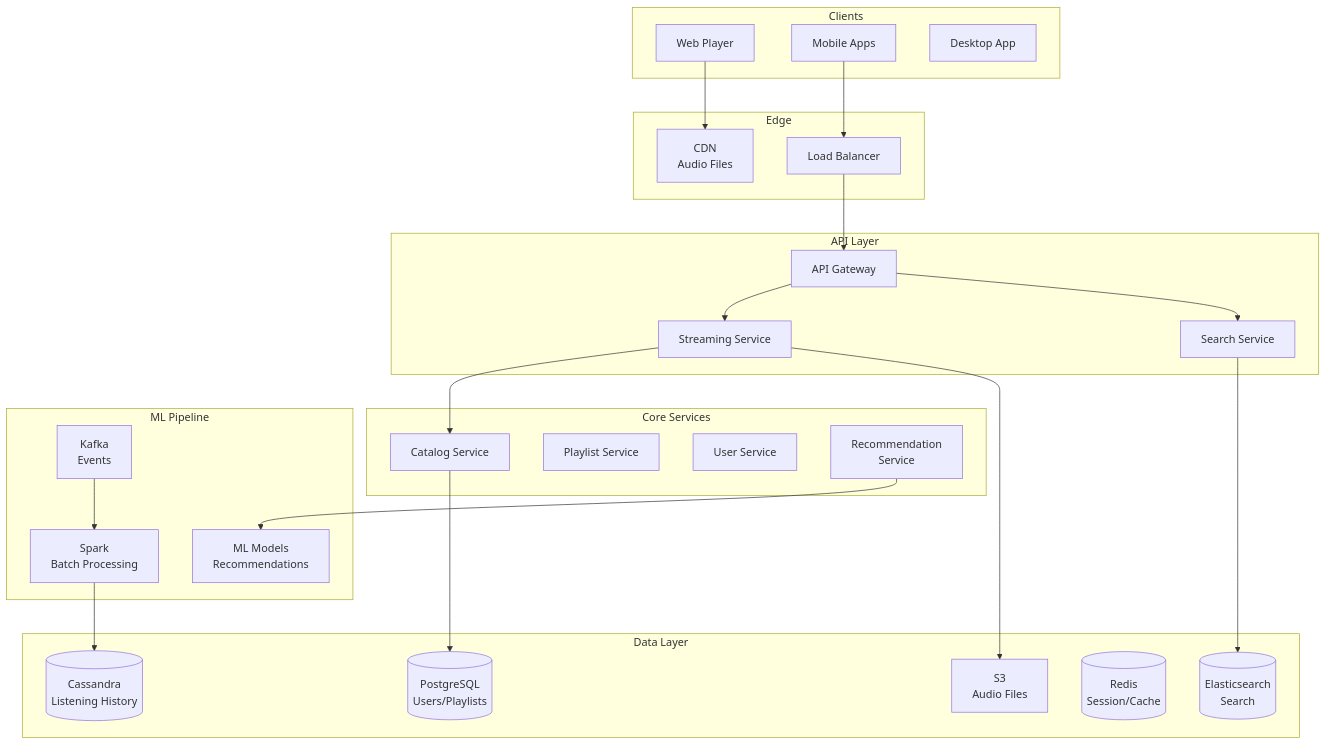
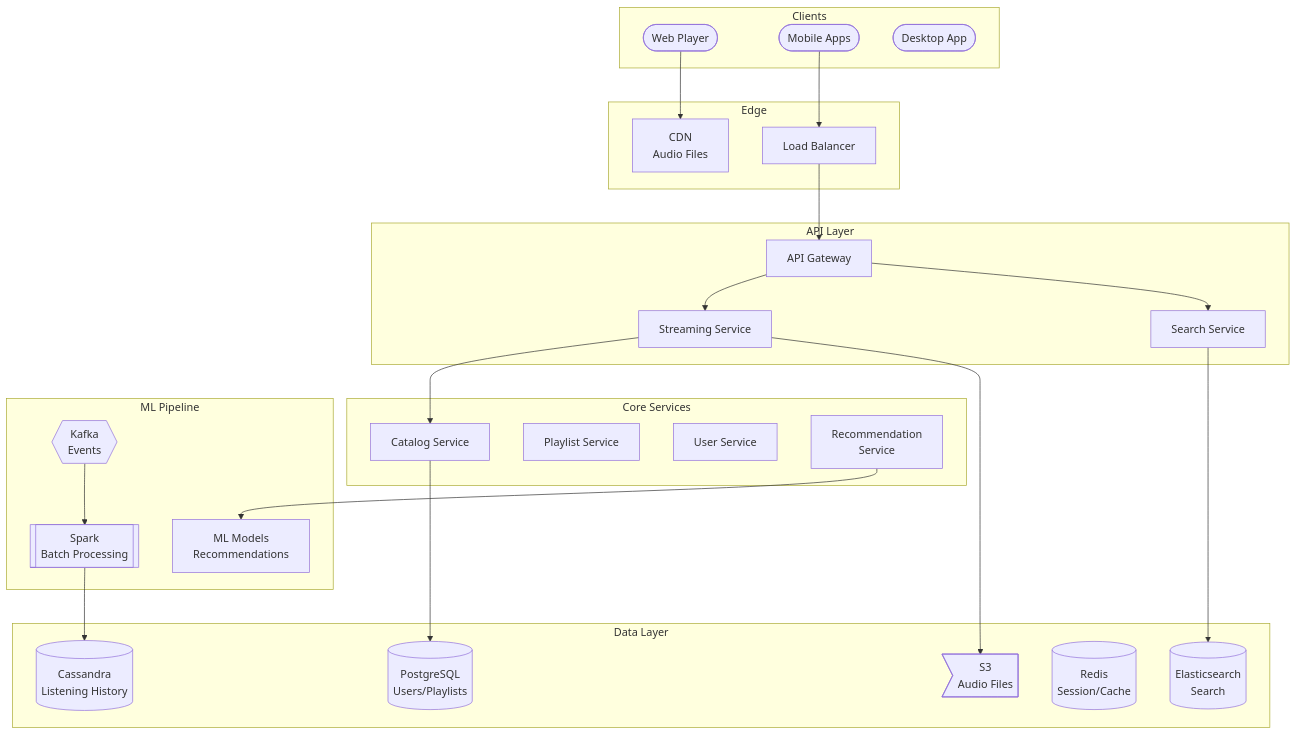
Before and after one commit to ShanmugaGanesh1999/Portfolio: the diagram in docs/prep/System Design/06-Case-Studies/01-spotify.md, drawn with Mermaid. The commit also changed 40 other files, not shown here.

First line of the commit message:
Refactor diagram node rendering to use reusable shape components

````diff
--- a/docs/prep/System Design/06-Case-Studies/01-spotify.md
+++ b/docs/prep/System Design/06-Case-Studies/01-spotify.md
@@ -50,53 +50,53 @@
 ```mermaid
 graph TD
     subgraph Clients
-        WEB[Web Player]
-        MOBILE[Mobile Apps]
-        DESKTOP[Desktop App]
+        WEB([Web Player])
+        MOBILE([Mobile Apps])
+        DESKTOP([Desktop App])
     end
     
     subgraph Edge
         CDN[CDN<br/>Audio Files]
         LB[Load Balancer]
     end
     
     subgraph API Layer
         API[API Gateway]
         STREAM[Streaming Service]
         SEARCH[Search Service]
     end
     
     subgraph Core Services
         CATALOG[Catalog Service]
         PLAYLIST[Playlist Service]
         USER[User Service]
         REC[Recommendation<br/>Service]
     end
     
     subgraph Data Layer
         PG[(PostgreSQL<br/>Users/Playlists)]
         CASSANDRA[(Cassandra<br/>Listening History)]
         ES[(Elasticsearch<br/>Search)]
         REDIS[(Redis<br/>Session/Cache)]
-        S3[S3<br/>Audio Files]
+        S3>S3<br/>Audio Files]
     end
     
     subgraph ML Pipeline
-        SPARK[Spark<br/>Batch Processing]
-        KAFKA[Kafka<br/>Events]
+        SPARK[[Spark<br/>Batch Processing]]
+        KAFKA{{Kafka<br/>Events}}
         ML[ML Models<br/>Recommendations]
     end
     
     WEB --> CDN
     MOBILE --> LB
     LB --> API
     API --> STREAM
     API --> SEARCH
     STREAM --> CATALOG
     STREAM --> S3
     SEARCH --> ES
     CATALOG --> PG
     REC --> ML
     KAFKA --> SPARK
     SPARK --> CASSANDRA
 ```
````
